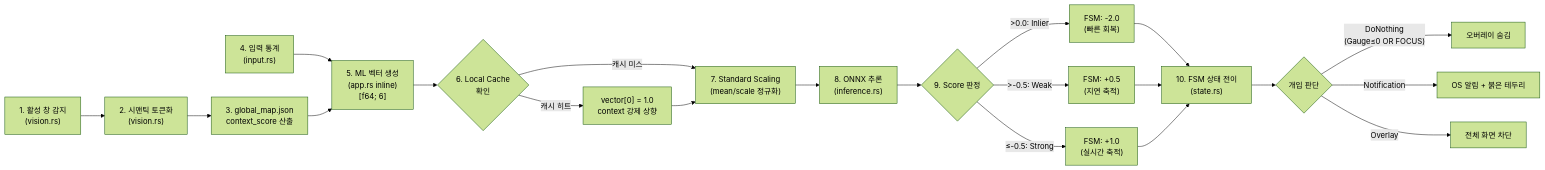
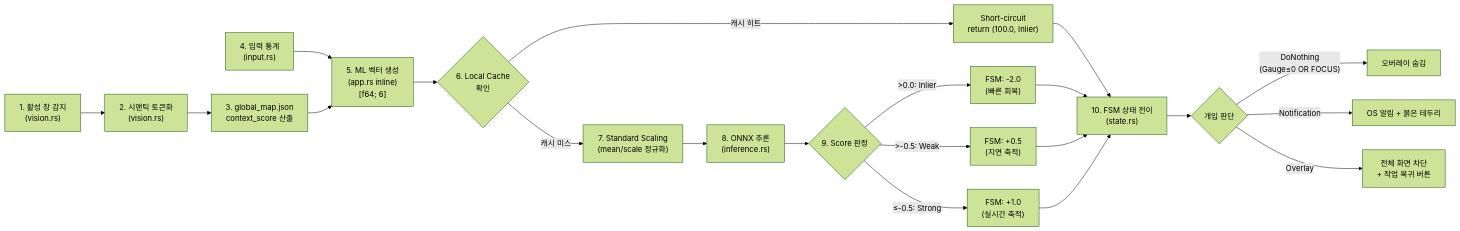
Before and after one commit to igoobo/Force-Focus: the second of 4 diagrams in desktop-agent/docs/05-data-flow/data-flow.md, drawn with Mermaid (forest theme). The commit also changed other lines of this file and 13 other files, not shown here.

````diff
--- a/desktop-agent/docs/05-data-flow/data-flow.md
+++ b/desktop-agent/docs/05-data-flow/data-flow.md
@@ -37,21 +37,21 @@
 ```mermaid
 flowchart LR
     A["1. 활성 창 감지<br/>(vision.rs)"] --> B["2. 시맨틱 토큰화<br/>(vision.rs)"]
     B --> B2["3. global_map.json<br/>context_score 산출"]
     D["4. 입력 통계<br/>(input.rs)"] --> C
     B2 --> C["5. ML 벡터 생성<br/>(app.rs inline)<br/>[f64; 6]"]
     C --> CACHE{"6. Local Cache<br/>확인"}
-    CACHE -->|"캐시 히트"| OVERRIDE["vector[0] = 1.0<br/>context 강제 상향"]
+    CACHE -->|"캐시 히트"| SHORT["Short-circuit<br/>return (100.0, Inlier)"]
     CACHE -->|"캐시 미스"| SCALE
-    OVERRIDE --> SCALE["7. Standard Scaling<br/>(mean/scale 정규화)"]
-    SCALE --> E["8. ONNX 추론<br/>(inference.rs)"]
+    SHORT --> FSM
+    SCALE["7. Standard Scaling<br/>(mean/scale 정규화)"] --> E["8. ONNX 추론<br/>(inference.rs)"]
     E --> JUDGE{"9. Score 판정"}
     JUDGE -->|">0.0: Inlier"| I_OK["FSM: -2.0<br/>(빠른 회복)"]
     JUDGE -->|">-0.5: Weak"| I_WEAK["FSM: +0.5<br/>(지연 축적)"]
     JUDGE -->|"≤-0.5: Strong"| I_STRONG["FSM: +1.0<br/>(실시간 축적)"]
     I_OK & I_WEAK & I_STRONG --> FSM["10. FSM 상태 전이<br/>(state.rs)"]
     FSM --> J{"개입 판단"}
     J -->|"DoNothing<br/>(Gauge≤0 OR FOCUS)"| K["오버레이 숨김"]
     J -->|"Notification"| L["OS 알림 + 붉은 테두리"]
-    J -->|"Overlay"| M["전체 화면 차단"]
+    J -->|"Overlay"| M["전체 화면 차단<br/>+ 작업 복귀 버튼"]
 ```
````
